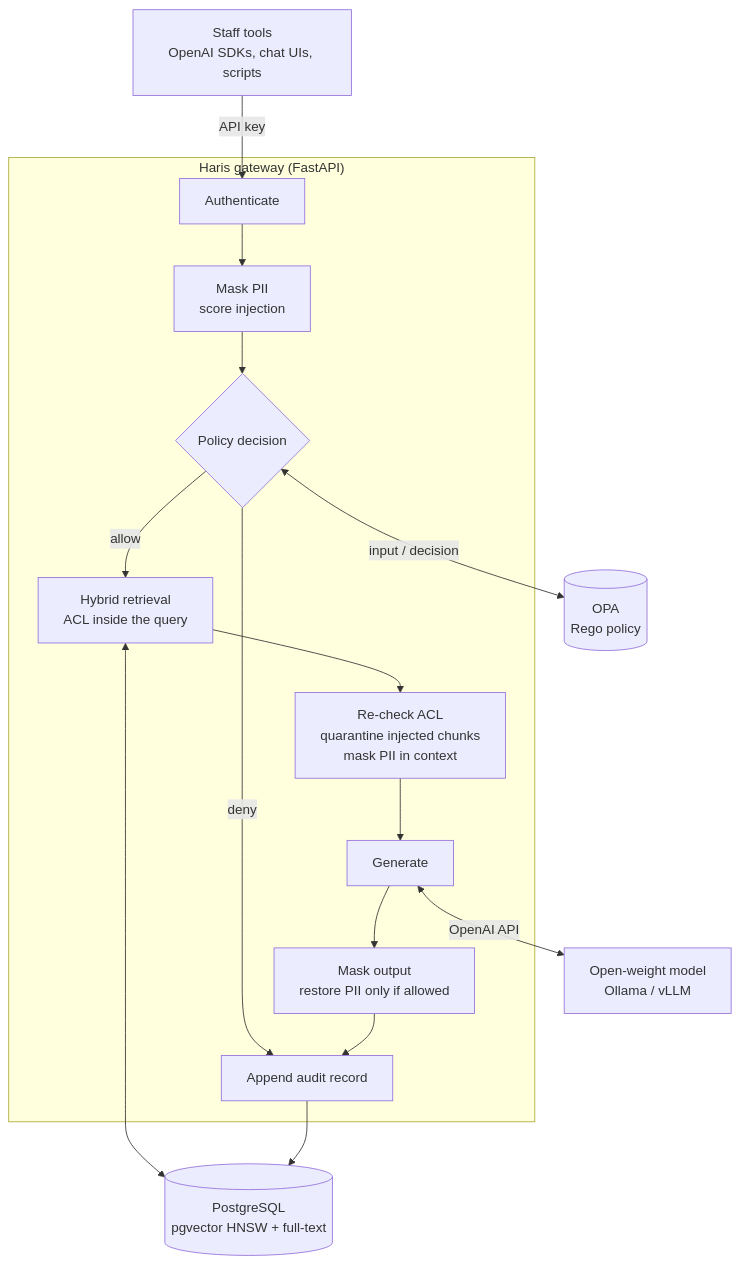
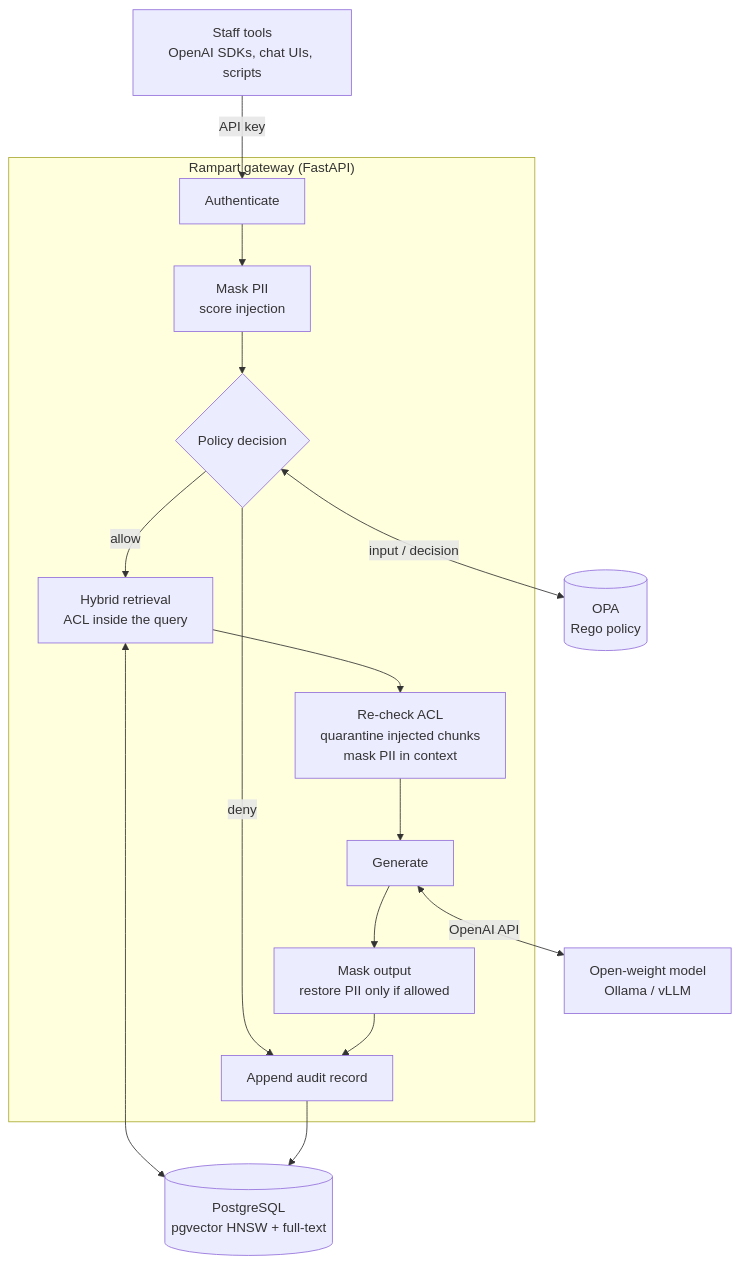
The diagram in README.md (muzakkirhussain011/needtoknow), drawn with Mermaid before and after one commit. The commit also changed other lines of this file and 42 other files, not shown here.

````diff
--- a/README.md
+++ b/README.md
@@ -31,20 +29,20 @@
 ```mermaid
 flowchart TB
     C["Staff tools<br/>OpenAI SDKs, chat UIs, scripts"] -->|API key| AUTH
 
-    subgraph H["Haris gateway (FastAPI)"]
+    subgraph H["Rampart gateway (FastAPI)"]
         AUTH[Authenticate] --> MASK["Mask PII<br/>score injection"]
         MASK --> DEC{Policy decision}
         DEC -->|allow| RET["Hybrid retrieval<br/>ACL inside the query"]
         RET --> GUARD["Re-check ACL<br/>quarantine injected chunks<br/>mask PII in context"]
         GUARD --> GEN[Generate]
         GEN --> OUT["Mask output<br/>restore PII only if allowed"]
         DEC -->|deny| AUD
         OUT --> AUD[Append audit record]
     end
 
     DEC <-->|"input / decision"| OPA[("OPA<br/>Rego policy")]
     RET <--> PG[("PostgreSQL<br/>pgvector HNSW + full-text")]
     AUD --> PG
     GEN <-->|OpenAI API| LLM["Open-weight model<br/>Ollama / vLLM"]
 ```
````
